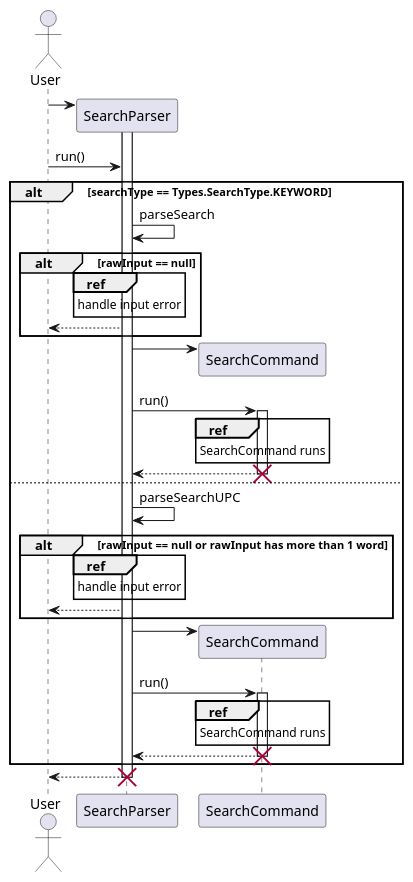
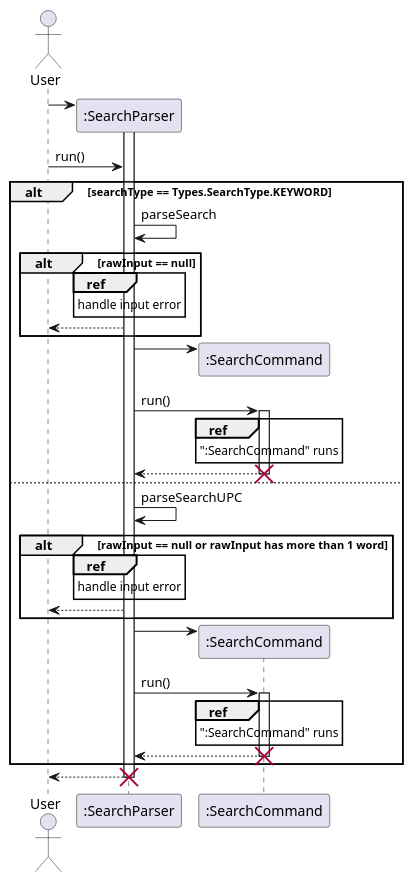
One commit to nus-cs2113-AY2223S2/tp changed the diagram in docs/UML/Search/SearchSequence.puml. Above: the diagram before and after it, drawn with PlantUML. The commit also changed 34 other files, not shown here.

```diff
--- a/docs/UML/Search/SearchSequence.puml
+++ b/docs/UML/Search/SearchSequence.puml
@@ -1,45 +1,45 @@
 @startuml
 'https://plantuml.com/sequence-diagram
 
 actor User
-participant SearchParser
-User -> SearchParser **
-activate SearchParser
-User -> SearchParser: run()
+participant ":SearchParser"
+User -> ":SearchParser" **
+activate ":SearchParser"
+User -> ":SearchParser": run()
 
 alt searchType == Types.SearchType.KEYWORD
-    SearchParser -> SearchParser: parseSearch
+    ":SearchParser" -> ":SearchParser": parseSearch
         alt rawInput == null
-            ref over SearchParser
+            ref over ":SearchParser"
                 handle input error
             end ref
-            SearchParser --> User
+            ":SearchParser" --> User
         end
-        SearchParser -> SearchCommand ** :
-        SearchParser -> SearchCommand ++ : run()
-        ref over SearchCommand
-            SearchCommand runs
+        ":SearchParser" -> ":SearchCommand" ** :
+        ":SearchParser" -> ":SearchCommand" ++ : run()
+        ref over ":SearchCommand"
+            ":SearchCommand" runs
         end ref
-        SearchCommand --> SearchParser
-        deactivate SearchCommand
-        destroy SearchCommand
+        ":SearchCommand" --> ":SearchParser"
+        deactivate ":SearchCommand"
+        destroy ":SearchCommand"
 else
-    SearchParser -> SearchParser: parseSearchUPC
+    ":SearchParser" -> ":SearchParser": parseSearchUPC
         alt rawInput == null or rawInput has more than 1 word
-            ref over SearchParser
+            ref over ":SearchParser"
                 handle input error
             end ref
-            SearchParser --> User
+            ":SearchParser" --> User
         end
-        SearchParser -> SearchCommand ** :
-        SearchParser -> SearchCommand ++ : run()
-        ref over SearchCommand
-            SearchCommand runs
+        ":SearchParser" -> ":SearchCommand" ** :
+        ":SearchParser" -> ":SearchCommand" ++ : run()
+        ref over ":SearchCommand"
+            ":SearchCommand" runs
         end ref
-        SearchCommand --> SearchParser
-        deactivate SearchCommand
-        destroy SearchCommand
+        ":SearchCommand" --> ":SearchParser"
+        deactivate ":SearchCommand"
+        destroy ":SearchCommand"
 end
 return
-destroy SearchParser
+destroy ":SearchParser"
 @enduml
```
